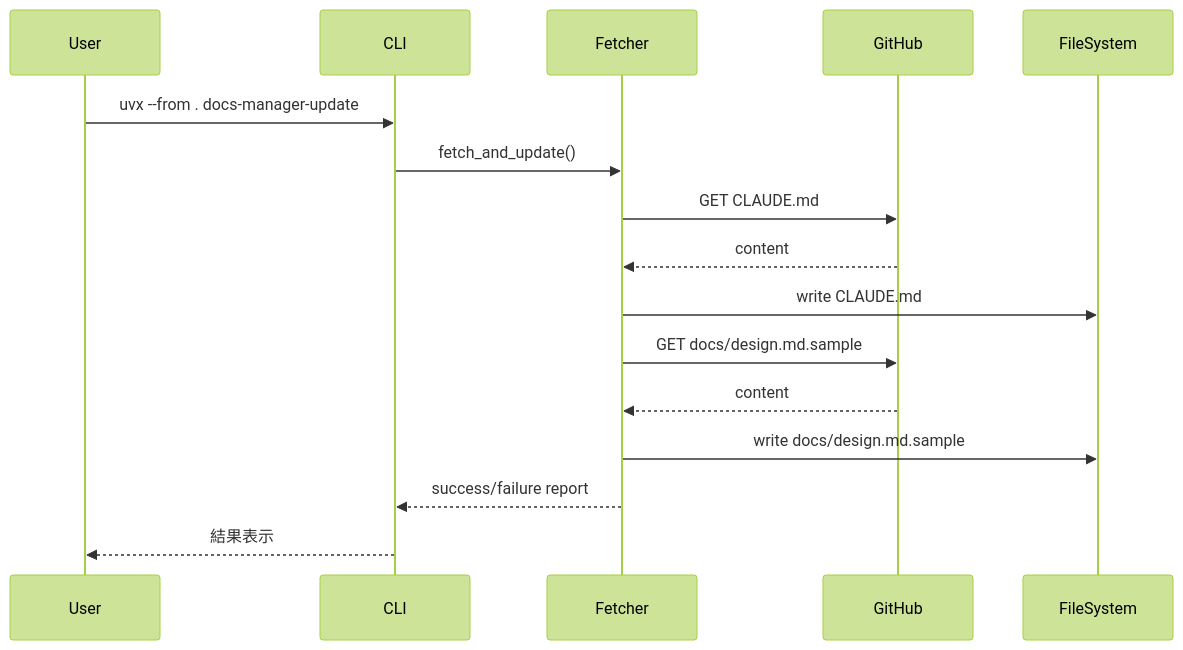
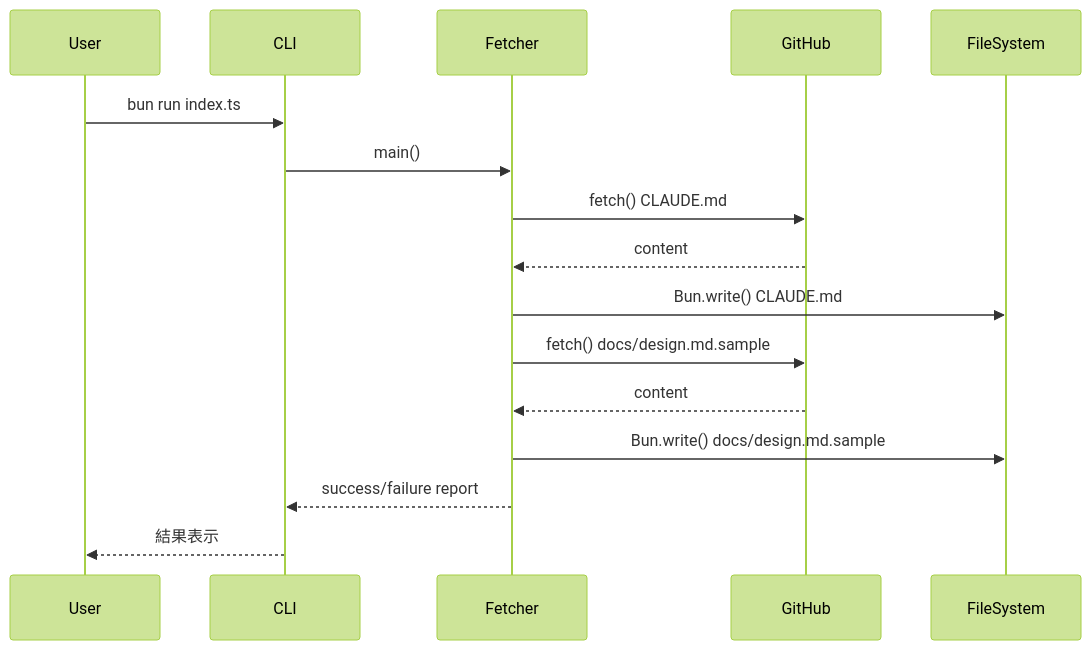
The second of 2 diagrams in docs/requirements/template-sync.md (K-shir0/llm-docs-manager), drawn with Mermaid (forest theme) before and after one commit. The commit also changed other lines of this file and 11 other files, not shown here.

Commit message:
feat: migrate to Bun runtime and implement GitHub template synchronization tool

````diff
--- a/docs/requirements/template-sync.md
+++ b/docs/requirements/template-sync.md
@@ -120,22 +122,22 @@
 ```mermaid
 sequenceDiagram
     participant User
     participant CLI
     participant Fetcher
     participant GitHub
     participant FileSystem
 
-    User->>CLI: uvx --from . docs-manager-update
-    CLI->>Fetcher: fetch_and_update()
+    User->>CLI: bun run index.ts
+    CLI->>Fetcher: main()
 
-    Fetcher->>GitHub: GET CLAUDE.md
+    Fetcher->>GitHub: fetch() CLAUDE.md
     GitHub-->>Fetcher: content
-    Fetcher->>FileSystem: write CLAUDE.md
+    Fetcher->>FileSystem: Bun.write() CLAUDE.md
 
-    Fetcher->>GitHub: GET docs/design.md.sample
+    Fetcher->>GitHub: fetch() docs/design.md.sample
     GitHub-->>Fetcher: content
-    Fetcher->>FileSystem: write docs/design.md.sample
+    Fetcher->>FileSystem: Bun.write() docs/design.md.sample
 
     Fetcher-->>CLI: success/failure report
     CLI-->>User: 結果表示
 ```
````
